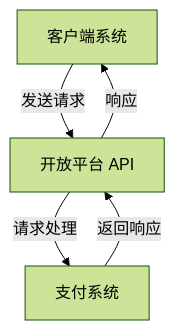
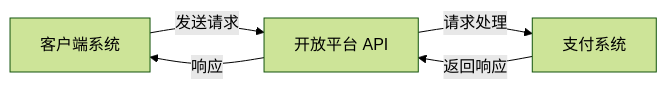
The first of 2 diagrams in System Design/API vs SDK.md (uwspstar/20-Day-Challenge-List), drawn with Mermaid (forest theme) before and after one commit. The commit also changed other lines of this file, not shown here.

Commit message:
Update API vs SDK.md

````diff
--- a/System Design/API vs SDK.md
+++ b/System Design/API vs SDK.md
@@ -21,7 +21,7 @@
 ```mermaid
-flowchart TD
+flowchart LR
     ClientSystem[客户端系统] -->|发送请求| OpenPlatformAPI[开放平台 API]
     OpenPlatformAPI -->|请求处理| PaymentSystem[支付系统]
     PaymentSystem -->|返回响应| OpenPlatformAPI
     OpenPlatformAPI -->|响应| ClientSystem
 ```
````
